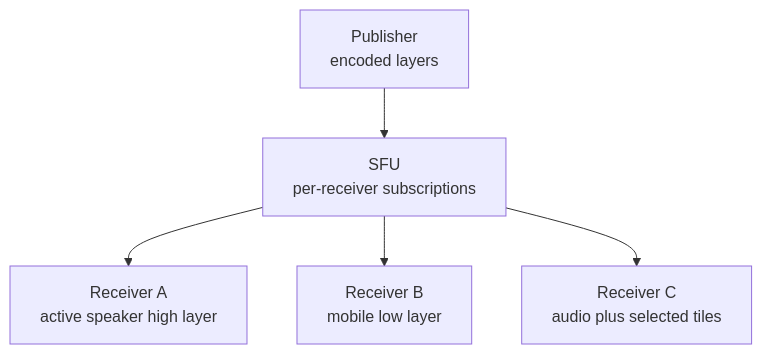
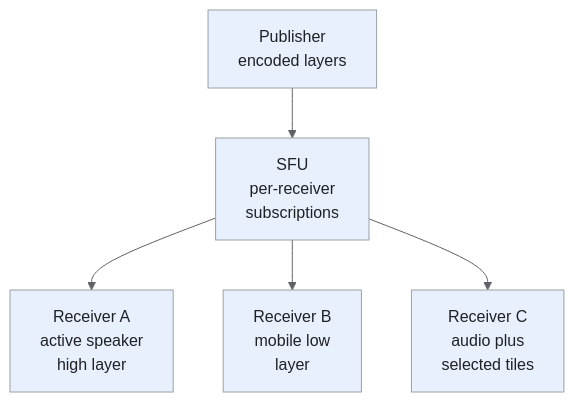
The sixth of 10 diagrams in _designs/system-design-video-conferencing-zoom.md (iliazlobin/iliazlobin.github.io), drawn with Mermaid before and after one commit. The commit also changed other lines of this file and 131 other files, not shown here.

````diff
--- a/_designs/system-design-video-conferencing-zoom.md
+++ b/_designs/system-design-video-conferencing-zoom.md
@@ -210,7 +376,13 @@
 ```mermaid
+%%{init: {"theme":"base","themeVariables":{"primaryColor":"#e8f0fe","primaryBorderColor":"#9aa0a6","primaryTextColor":"#202124","secondaryColor":"#e6f4ea","tertiaryColor":"#fef7e0","lineColor":"#5f6368","actorBkg":"#e8f0fe","actorBorder":"#9aa0a6","actorTextColor":"#202124","noteBkgColor":"#fef7e0","noteBorderColor":"#9aa0a6","noteTextColor":"#202124","signalColor":"#5f6368","signalTextColor":"#202124"}}}%%
 flowchart TB
-    P["Publisher<br>encoded layers"] --> S["SFU<br>per-receiver subscriptions"]
-    S --> A["Receiver A<br>active speaker high layer"]
-    S --> B["Receiver B<br>mobile low layer"]
-    S --> C["Receiver C<br>audio plus selected tiles"]
+    P["Publisher<br>encoded layers"] --> S["SFU<br>per-receiver<br>subscriptions"]
+    S --> A["Receiver A<br>active speaker<br>high layer"]
+    S --> B["Receiver B<br>mobile low<br>layer"]
+    S --> C["Receiver C<br>audio plus<br>selected tiles"]
+classDef request fill:#e8f0fe,stroke:#9aa0a6,color:#202124;
+classDef data fill:#e6f4ea,stroke:#9aa0a6,color:#202124;
+classDef control fill:#fef7e0,stroke:#9aa0a6,color:#202124;
+class P,S,A,B,C request;
+
 ```
````
